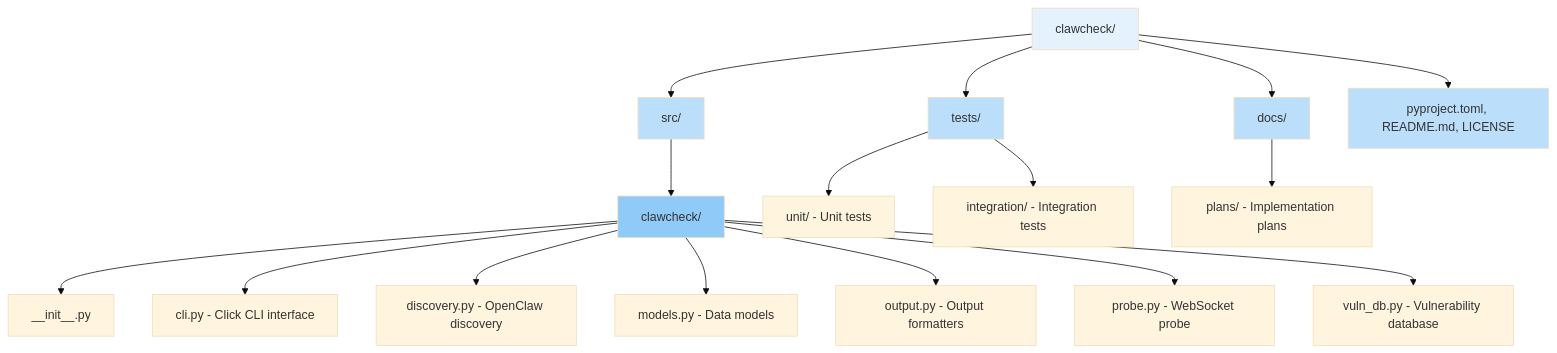
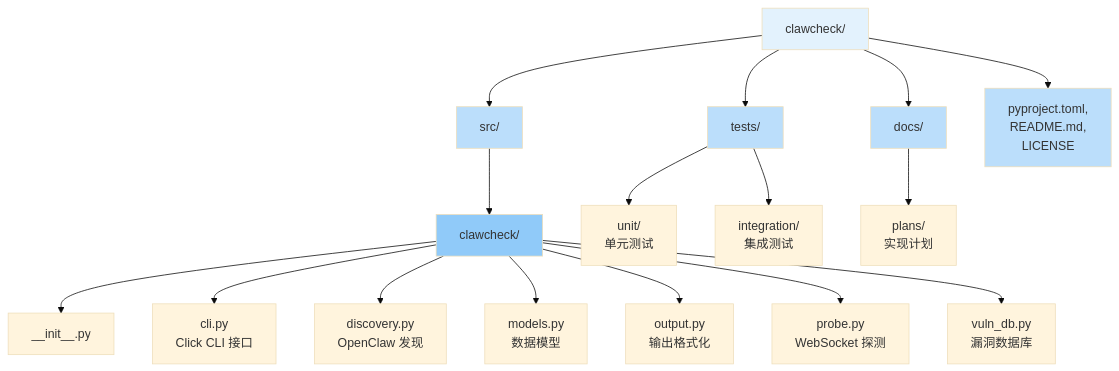
Before and after one commit to ErinYu/clawcheck: the ninth of 9 diagrams in README.md, drawn with Mermaid (base theme). The commit also changed other lines of this file, not shown here.

````diff
--- a/README.md
+++ b/README.md
@@ -389,30 +486,30 @@
 ```mermaid
 graph TD
     Root[clawcheck/]
 
     Root --> Src[src/]
     Root --> Tests[tests/]
     Root --> Docs[docs/]
-    Root --> Config[pyproject.toml, README.md, LICENSE]
+    Root --> Config[pyproject.toml,<br/>README.md,<br/>LICENSE]
 
     Src --> Package[clawcheck/]
     Package --> Init[__init__.py]
-    Package --> CLI[cli.py - Click CLI interface]
-    Package --> Discovery[discovery.py - OpenClaw discovery]
-    Package --> Models[models.py - Data models]
-    Package --> Output[output.py - Output formatters]
-    Package --> Probe[probe.py - WebSocket probe]
-    Package --> VulnDB[vuln_db.py - Vulnerability database]
+    Package --> CLI[cli.py<br/>Click CLI 接口]
+    Package --> Discovery[discovery.py<br/>OpenClaw 发现]
+    Package --> Models[models.py<br/>数据模型]
+    Package --> Output[output.py<br/>输出格式化]
+    Package --> Probe[probe.py<br/>WebSocket 探测]
+    Package --> VulnDB[vuln_db.py<br/>漏洞数据库]
 
-    Tests --> Unit[unit/ - Unit tests]
-    Tests --> Integration[integration/ - Integration tests]
+    Tests --> Unit[unit/<br/>单元测试]
+    Tests --> Integration[integration/<br/>集成测试]
 
-    Docs --> Plans[plans/ - Implementation plans]
+    Docs --> Plans[plans/<br/>实现计划]
 
     style Root fill:#e3f2fd
     style Src fill:#bbdefb
     style Tests fill:#bbdefb
     style Docs fill:#bbdefb
     style Config fill:#bbdefb
     style Package fill:#90caf9
 ```
````
